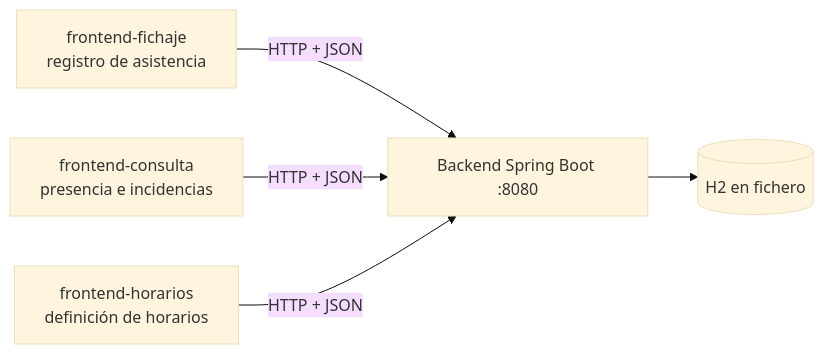
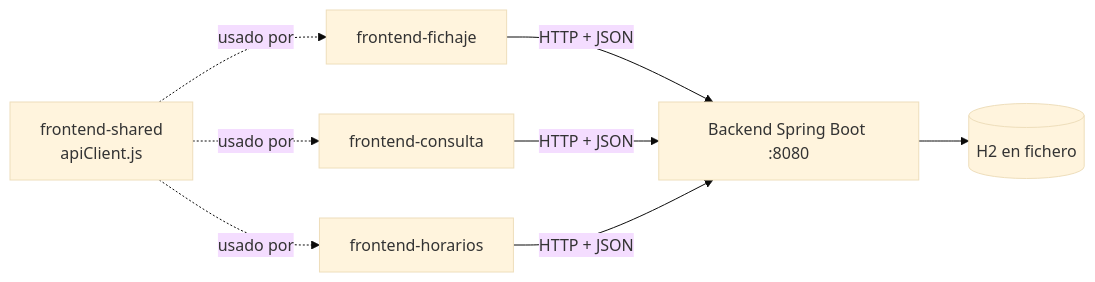
One commit to Programercoder/control-presencia changed the first of 2 diagrams in README.md. Above: the diagram before and after it, drawn with Mermaid (base theme). The commit also changed other lines of this file and 5 other files, not shown here.

````diff
--- a/README.md
+++ b/README.md
@@ -35,7 +67,10 @@
 ```mermaid
 flowchart LR
-    F1[frontend-fichaje<br/>registro de asistencia] -->|HTTP + JSON| B
-    F2[frontend-consulta<br/>presencia e incidencias] -->|HTTP + JSON| B
-    F3[frontend-horarios<br/>definición de horarios] -->|HTTP + JSON| B
+    F1[frontend-fichaje] -->|HTTP + JSON| B
+    F2[frontend-consulta] -->|HTTP + JSON| B
+    F3[frontend-horarios] -->|HTTP + JSON| B
+    S[frontend-shared<br/>apiClient.js] -.usado por.-> F1
+    S -.usado por.-> F2
+    S -.usado por.-> F3
     B[Backend Spring Boot :8080] --> DB[(H2 en fichero)]
 ```
````
